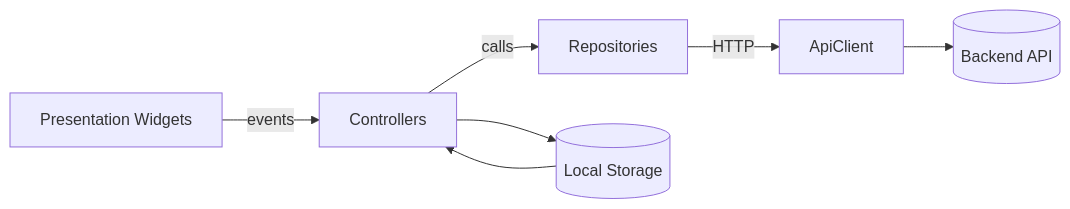
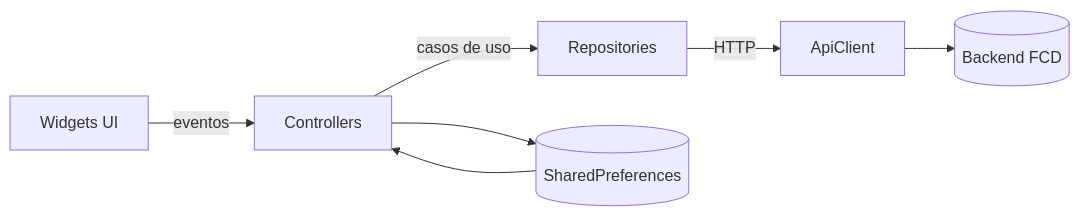
One commit to M1314/FCD changed the first of 4 diagrams in docs/fcd_flutter_code_walkthrough.md. Above: the diagram before and after it, drawn with Mermaid. The commit also changed other lines of this file and 1 other file, not shown here.

````diff
--- a/docs/fcd_flutter_code_walkthrough.md
+++ b/docs/fcd_flutter_code_walkthrough.md
@@ -344,9 +167,9 @@
 ```mermaid
 flowchart LR
-  UI[Presentation Widgets] -->|events| Controllers
-  Controllers -->|calls| Repositories
+  UI[Widgets UI] -->|eventos| Controllers
+  Controllers -->|casos de uso| Repositories
   Repositories -->|HTTP| ApiClient
-  ApiClient --> Backend[(Backend API)]
-  Controllers --> Storage[(Local Storage)]
+  ApiClient --> Backend[(Backend FCD)]
+  Controllers --> Storage[(SharedPreferences)]
   Storage --> Controllers
 ```
````
